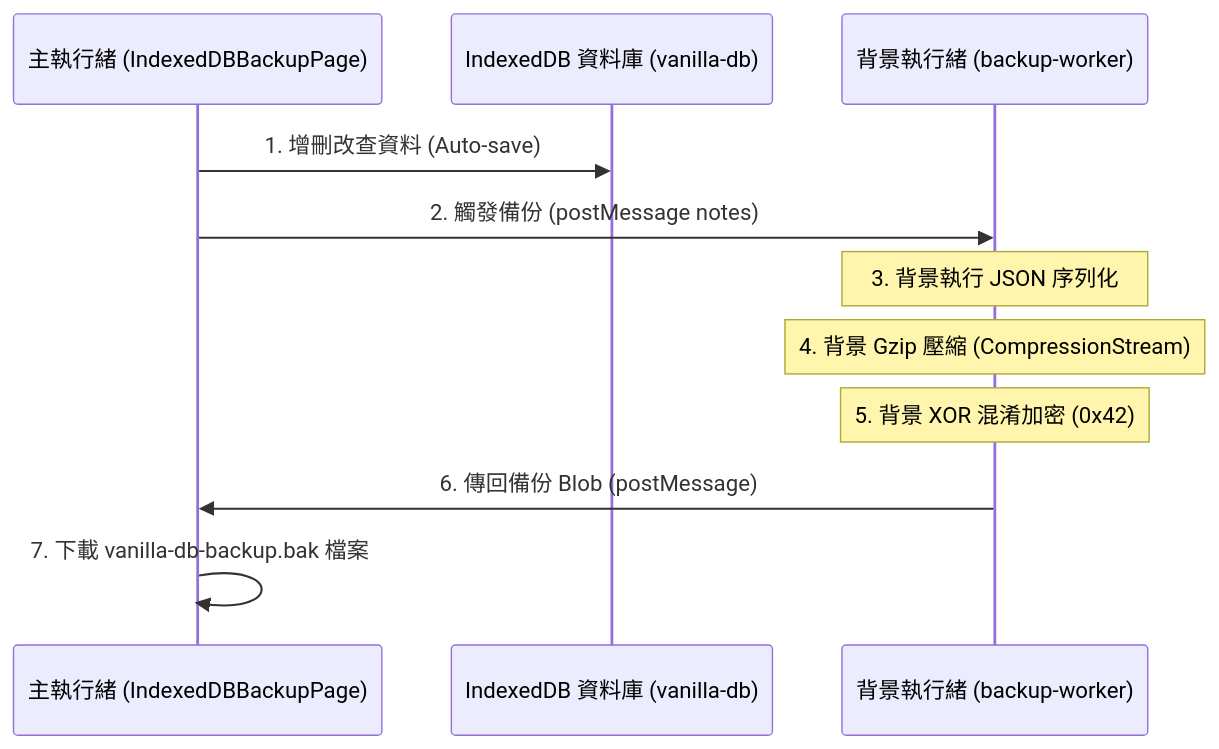
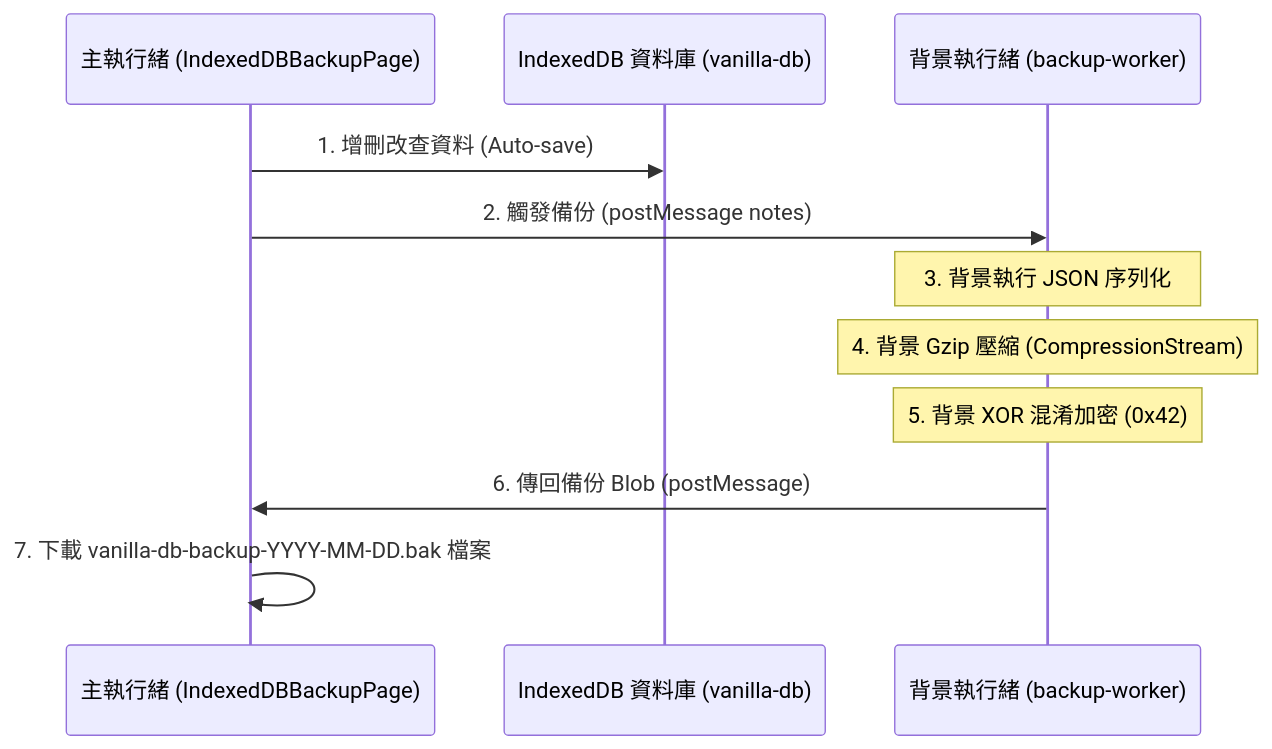
One commit to raybird/plainvanillaweb changed the diagram in docs/indexeddb-backup.md. Above: the diagram before and after it, drawn with Mermaid. The commit also changed other lines of this file and 35 other files, not shown here.

````diff
--- a/docs/indexeddb-backup.md
+++ b/docs/indexeddb-backup.md
@@ -11,14 +11,14 @@
 ```mermaid
 sequenceDiagram
     participant UI as 主執行緒 (IndexedDBBackupPage)
     participant DB as IndexedDB 資料庫 (vanilla-db)
     participant Worker as 背景執行緒 (backup-worker)
 
     UI->>DB: 1. 增刪改查資料 (Auto-save)
     UI->>Worker: 2. 觸發備份 (postMessage notes)
     Note over Worker: 3. 背景執行 JSON 序列化
     Note over Worker: 4. 背景 Gzip 壓縮 (CompressionStream)
     Note over Worker: 5. 背景 XOR 混淆加密 (0x42)
     Worker->>UI: 6. 傳回備份 Blob (postMessage)
-    UI->>UI: 7. 下載 vanilla-db-backup.bak 檔案
+    UI->>UI: 7. 下載 vanilla-db-backup-YYYY-MM-DD.bak 檔案
 ```
````
